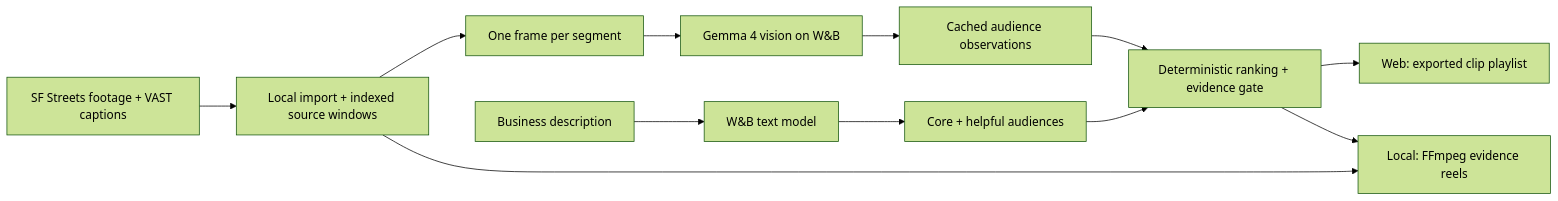
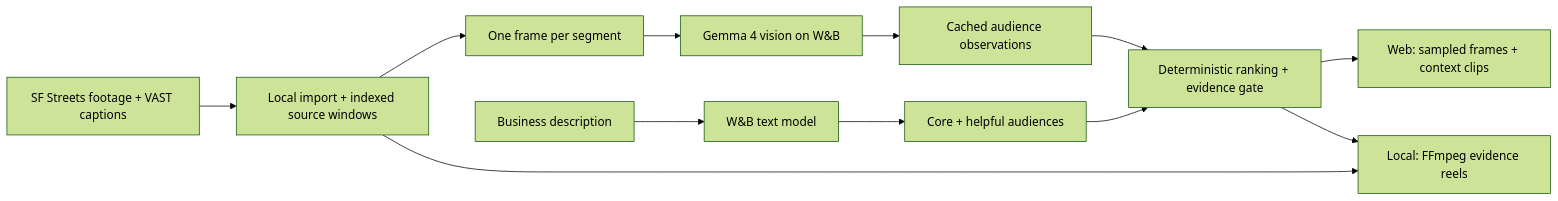
Before and after one commit to Kakoedlinnoeslovo/highlight-agent-hack: the diagram in README.md, drawn with Mermaid (forest theme). The commit also changed other lines of this file and 1 other file, not shown here.

Commit message:
docs: align hosted proof and recording guidance

````diff
--- a/README.md
+++ b/README.md
@@ -90,14 +90,14 @@
 ```mermaid
 flowchart LR
     Dataset["SF Streets footage + VAST captions"] --> Import["Local import + indexed source windows"]
     Import --> Frames["One frame per segment"]
     Frames --> Vision["Gemma 4 vision on W&B"]
     Vision --> Cache["Cached audience observations"]
     Business["Business description"] --> Text["W&B text model"]
     Text --> Profile["Core + helpful audiences"]
     Cache --> Rank["Deterministic ranking + evidence gate"]
     Profile --> Rank
-    Rank --> Hosted["Web: exported clip playlist"]
+    Rank --> Hosted["Web: sampled frames + context clips"]
     Rank --> Local["Local: FFmpeg evidence reels"]
     Import --> Local
 ```
````
